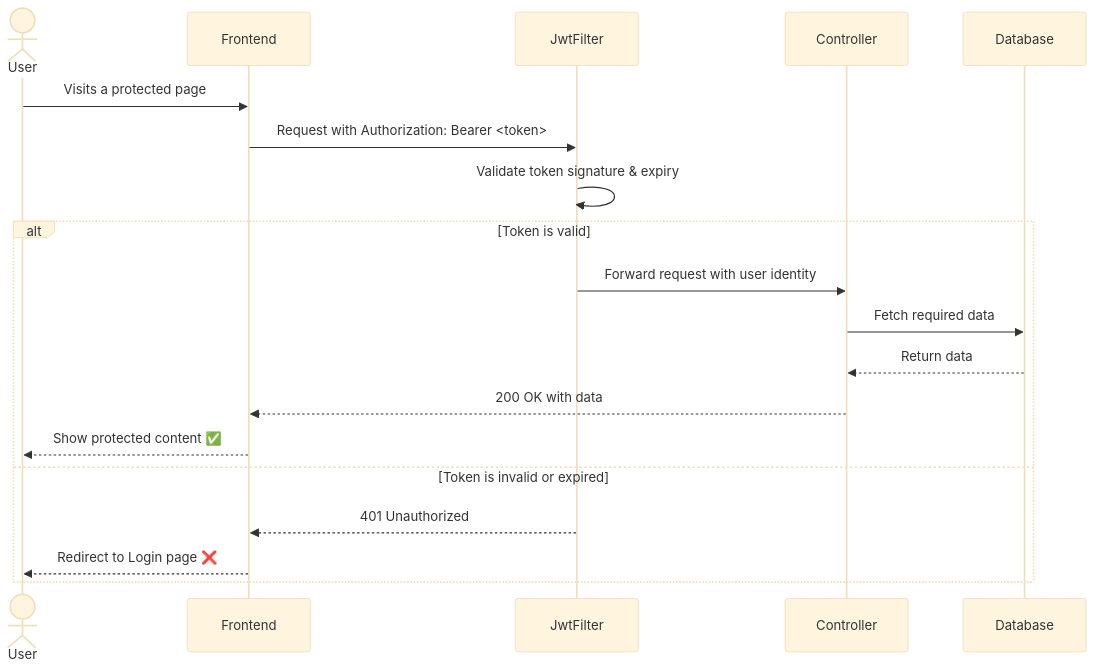
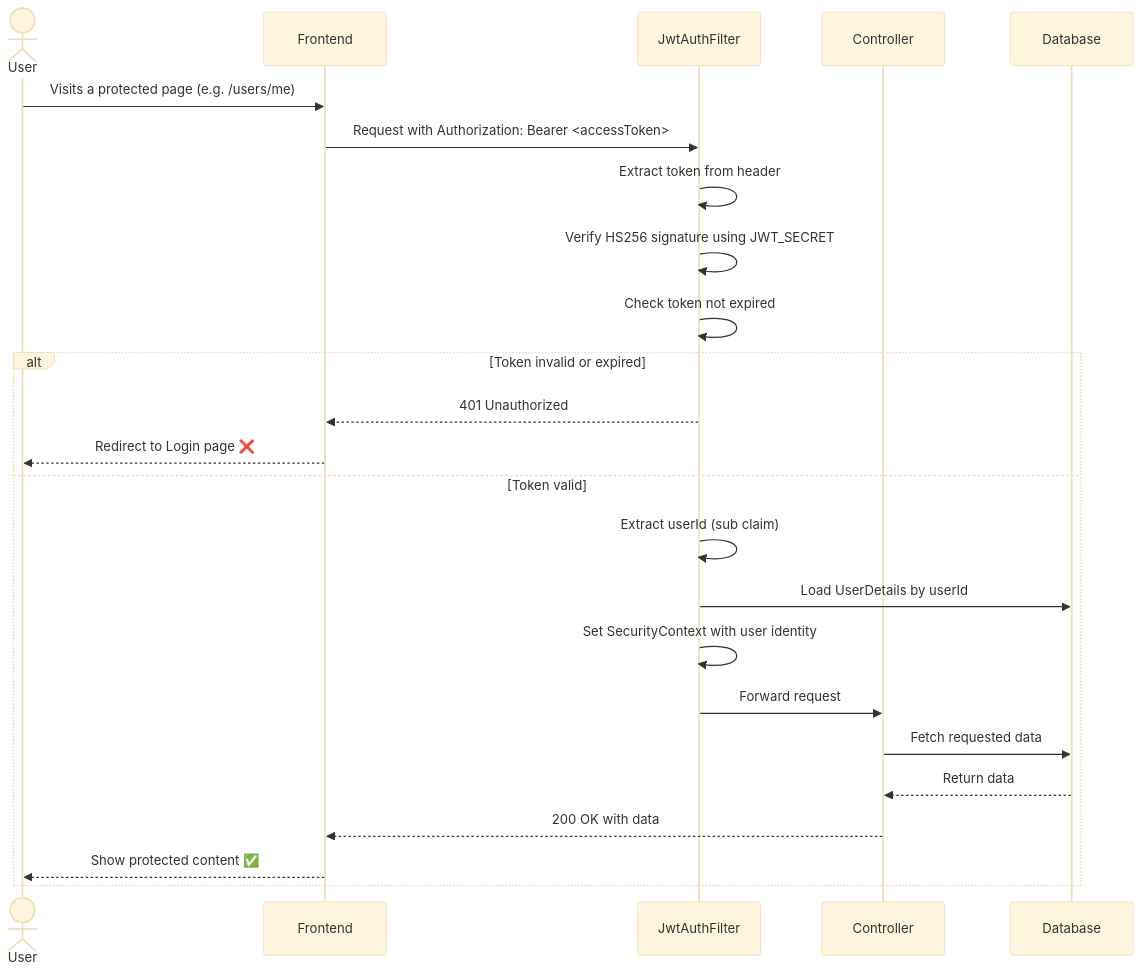
The seventh of 7 diagrams in docs/backend-readme.md (akash-beura/login-system), drawn with Mermaid (base theme) before and after one commit. The commit also changed other lines of this file, not shown here.

````diff
--- a/docs/backend-readme.md
+++ b/docs/backend-readme.md
@@ -525,22 +961,30 @@
 ```mermaid
 sequenceDiagram
     actor User
     participant Frontend
-    participant JwtFilter
+    participant JwtAuthFilter
     participant Controller
     participant Database
 
-    User->>Frontend: Visits a protected page
-    Frontend->>JwtFilter: Request with Authorization: Bearer <token>
-    JwtFilter->>JwtFilter: Validate token signature & expiry
-    alt Token is valid
-        JwtFilter->>Controller: Forward request with user identity
-        Controller->>Database: Fetch required data
+    User->>Frontend: Visits a protected page (e.g. /users/me)
+    Frontend->>JwtAuthFilter: Request with Authorization: Bearer <accessToken>
+
+    JwtAuthFilter->>JwtAuthFilter: Extract token from header
+    JwtAuthFilter->>JwtAuthFilter: Verify HS256 signature using JWT_SECRET
+    JwtAuthFilter->>JwtAuthFilter: Check token not expired
+
+    alt Token invalid or expired
+        JwtAuthFilter-->>Frontend: 401 Unauthorized
+        Frontend-->>User: Redirect to Login page ❌
+    else Token valid
+        JwtAuthFilter->>JwtAuthFilter: Extract userId (sub claim)
+        JwtAuthFilter->>Database: Load UserDetails by userId
+        JwtAuthFilter->>JwtAuthFilter: Set SecurityContext with user identity
+        JwtAuthFilter->>Controller: Forward request
+
+        Controller->>Database: Fetch requested data
         Database-->>Controller: Return data
         Controller-->>Frontend: 200 OK with data
         Frontend-->>User: Show protected content ✅
-    else Token is invalid or expired
-        JwtFilter-->>Frontend: 401 Unauthorized
-        Frontend-->>User: Redirect to Login page ❌
     end
 ```
````
